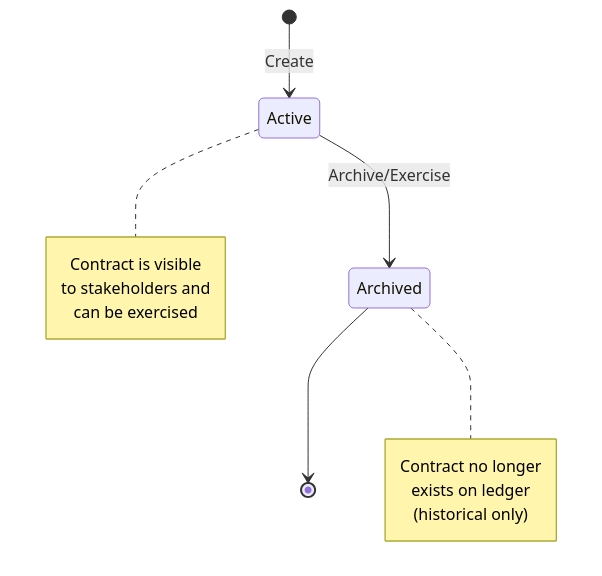
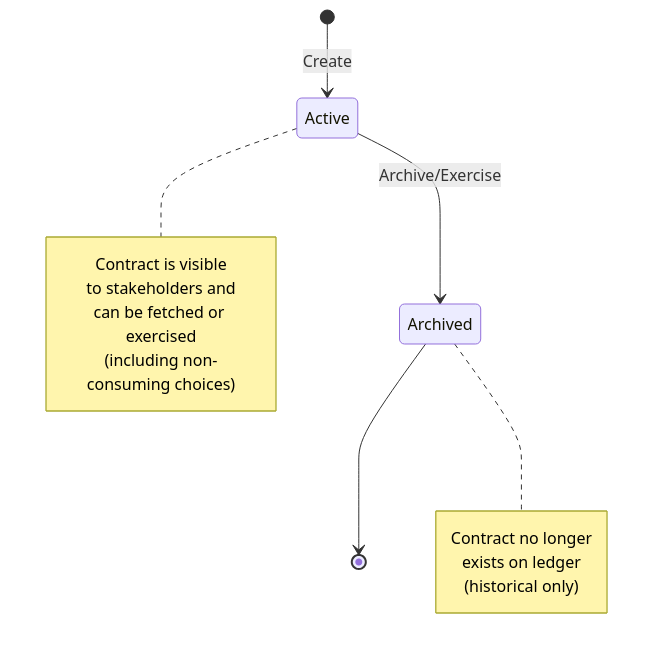
One commit to canton-network/cf-docs changed the second of 4 diagrams in docs-main/overview/learn/ledger-model.mdx. Above: the diagram before and after it, drawn with Mermaid.

Commit message:
clarify active contract lifecycle capabilities

````diff
--- a/docs-main/overview/learn/ledger-model.mdx
+++ b/docs-main/overview/learn/ledger-model.mdx
@@ -48,18 +48,19 @@
 ```mermaid
 stateDiagram-v2
     [*] --> Active: Create
     Active --> Archived: Archive/Exercise
     Archived --> [*]
 
     note right of Active
         Contract is visible
         to stakeholders and
-        can be exercised
+        can be fetched or exercised
+        (including non-consuming choices)
     end note
 
     note right of Archived
         Contract no longer
         exists on ledger
         (historical only)
     end note
 ```
````
